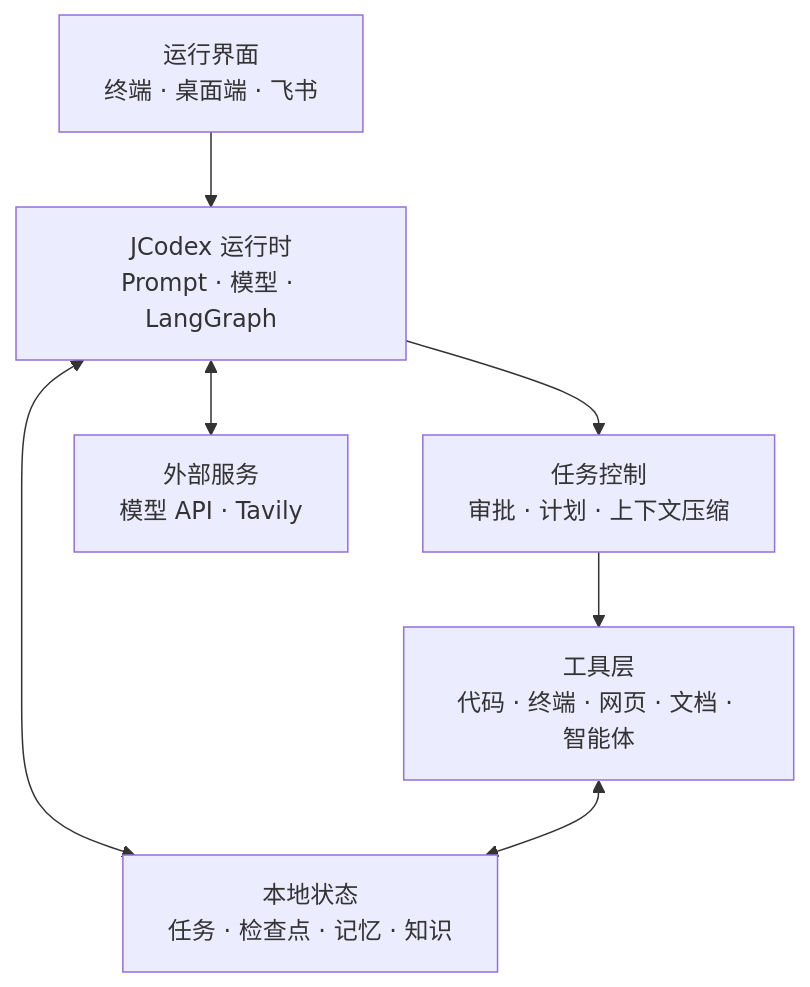
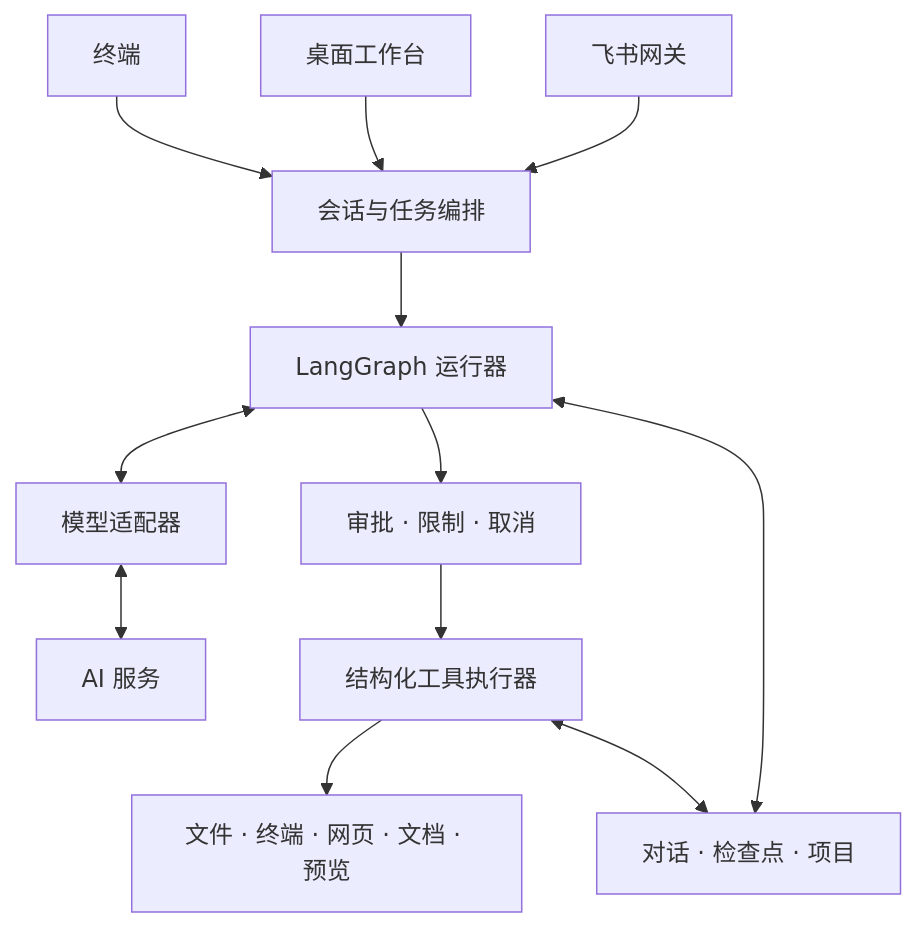
One commit to chuanchuan123321/JCodex changed the first of 5 diagrams in README.zh.md. Above: the diagram before and after it, drawn with Mermaid. The commit also changed other lines of this file and 1 other file, not shown here.

First line of the commit message:
完善产品展示与架构说明 / Expand product showcase and architecture

````diff
--- a/README.zh.md
+++ b/README.zh.md
@@ -70,9 +93,14 @@
 ```mermaid
 flowchart TB
-    UI["运行界面<br/>终端 · 桌面端 · 飞书"] --> Core["JCodex 运行时<br/>Prompt · 模型 · LangGraph"]
-    Core --> Control["任务控制<br/>审批 · 计划 · 上下文压缩"]
-    Control --> Tools["工具层<br/>代码 · 终端 · 网页 · 文档 · 智能体"]
-    Core <--> State["本地状态<br/>任务 · 检查点 · 记忆 · 知识"]
-    Core <--> APIs["外部服务<br/>模型 API · Tavily"]
-    Tools <--> State
+    CLI["终端"] --> Session["会话与任务编排"]
+    Desktop["桌面工作台"] --> Session
+    Gateway["飞书网关"] --> Session
+    Session --> Graph["LangGraph 运行器"]
+    Graph <--> Model["模型适配器"]
+    Model <--> Provider["AI 服务"]
+    Graph --> Control["审批 · 限制 · 取消"]
+    Control --> Executor["结构化工具执行器"]
+    Executor --> Host["文件 · 终端 · 网页 · 文档 · 预览"]
+    Graph <--> State["对话 · 检查点 · 项目"]
+    Executor <--> State
 ```
````
